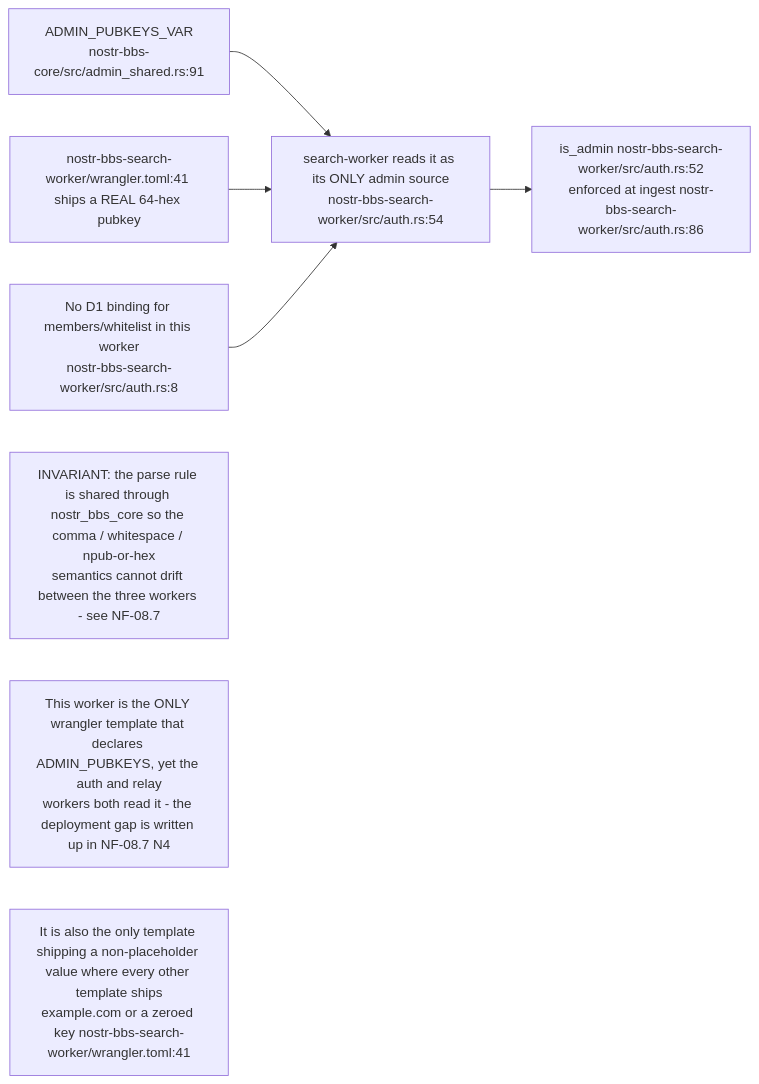
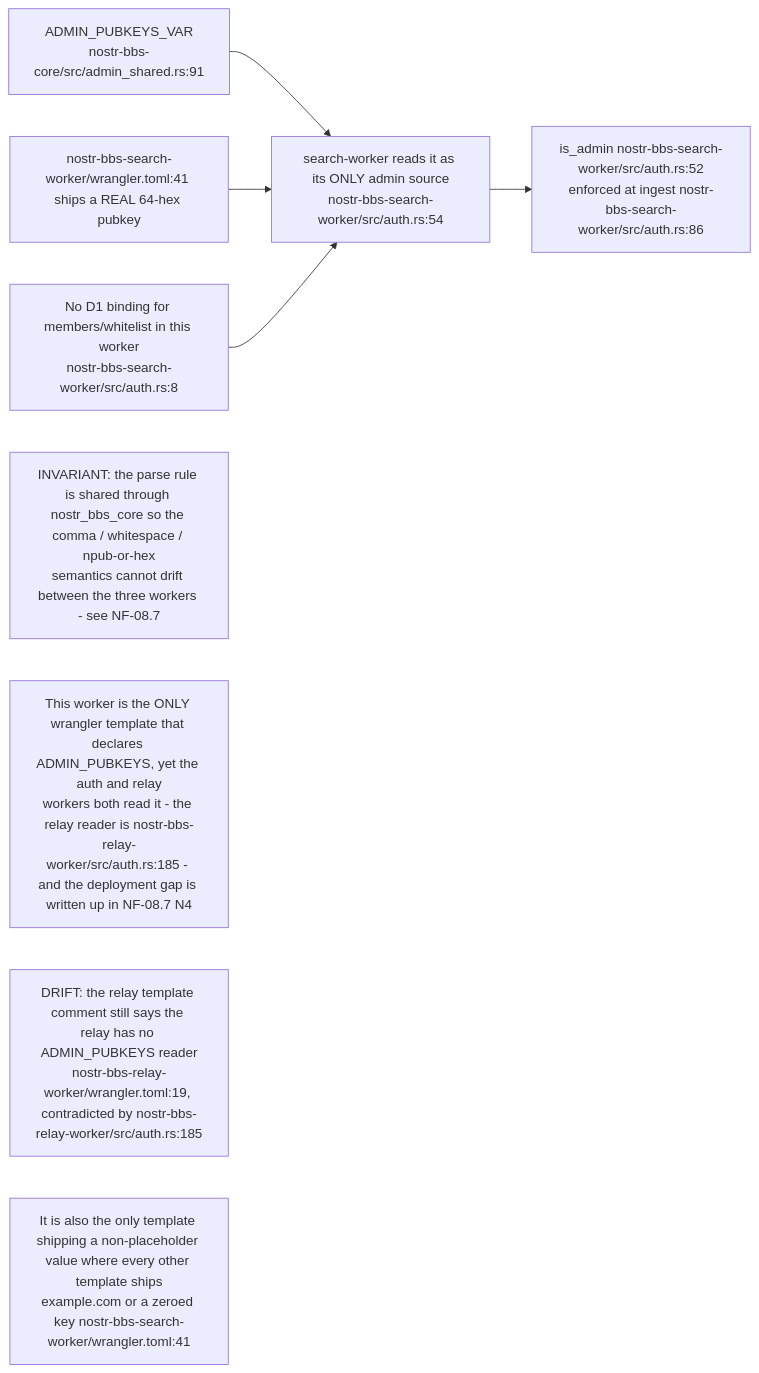
One commit to DreamLab-AI/VisionFlow changed the second of 9 diagrams in docs/diagrams/nostr-rust-forum/07-search-preview-and-shared-worker-utilities.md. Above: the diagram before and after it, drawn with Mermaid. The commit also changed other lines of this file and 91 other files, not shown here.

````diff
--- a/docs/diagrams/nostr-rust-forum/07-search-preview-and-shared-worker-utilities.md
+++ b/docs/diagrams/nostr-rust-forum/07-search-preview-and-shared-worker-utilities.md
@@ -59,16 +61,17 @@
 ```mermaid
 flowchart LR
     VAR["ADMIN_PUBKEYS_VAR<br/>nostr-bbs-core/src/admin_shared.rs:91"]
     READ["search-worker reads it as its ONLY admin source<br/>nostr-bbs-search-worker/src/auth.rs:54"]
     CHK["is_admin nostr-bbs-search-worker/src/auth.rs:52<br/>enforced at ingest nostr-bbs-search-worker/src/auth.rs:86"]
     TPL["nostr-bbs-search-worker/wrangler.toml:41 ships a REAL 64-hex pubkey"]
     WHY["No D1 binding for members/whitelist in this worker<br/>nostr-bbs-search-worker/src/auth.rs:8"]
 
     VAR --> READ --> CHK
     TPL --> READ
     WHY --> READ
 
     N1["INVARIANT: the parse rule is shared through nostr_bbs_core so the comma / whitespace / npub-or-hex<br/>semantics cannot drift between the three workers - see NF-08.7"]
-    N2["This worker is the ONLY wrangler template that declares ADMIN_PUBKEYS, yet the auth and relay<br/>workers both read it - the deployment gap is written up in NF-08.7 N4"]
+    N2["This worker is the ONLY wrangler template that declares ADMIN_PUBKEYS, yet the auth and relay<br/>workers both read it - the relay reader is nostr-bbs-relay-worker/src/auth.rs:185 - and the deployment gap is written up in NF-08.7 N4"]
+    N4["DRIFT: the relay template comment still says the relay has no ADMIN_PUBKEYS reader<br/>nostr-bbs-relay-worker/wrangler.toml:19, contradicted by nostr-bbs-relay-worker/src/auth.rs:185"]
     N3["It is also the only template shipping a non-placeholder value where every other template ships<br/>example.com or a zeroed key nostr-bbs-search-worker/wrangler.toml:41"]
 ```
````
